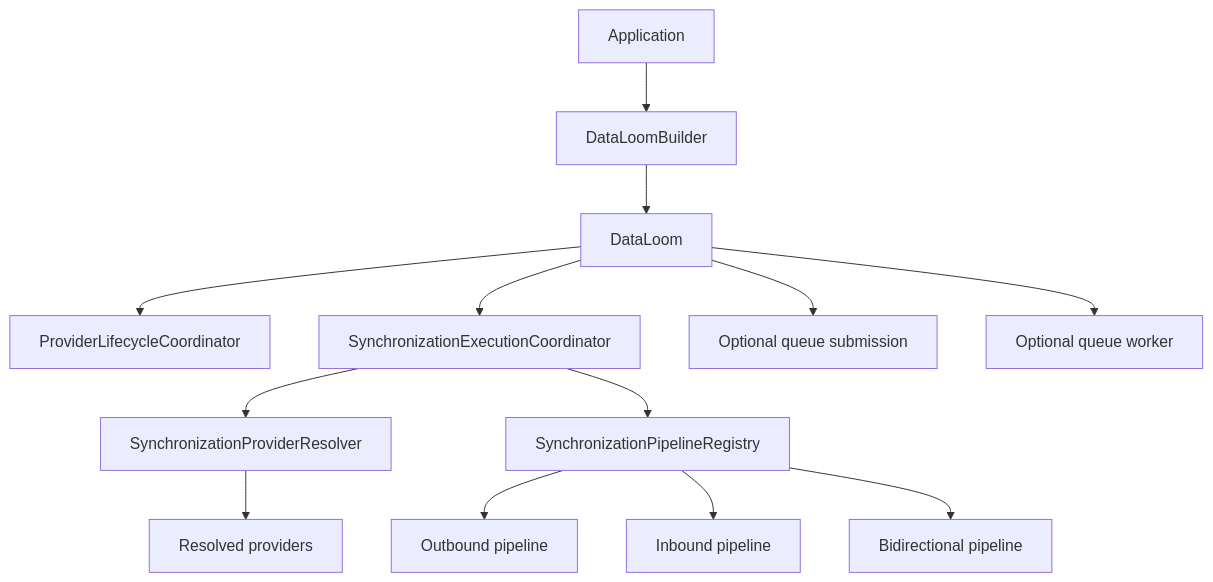
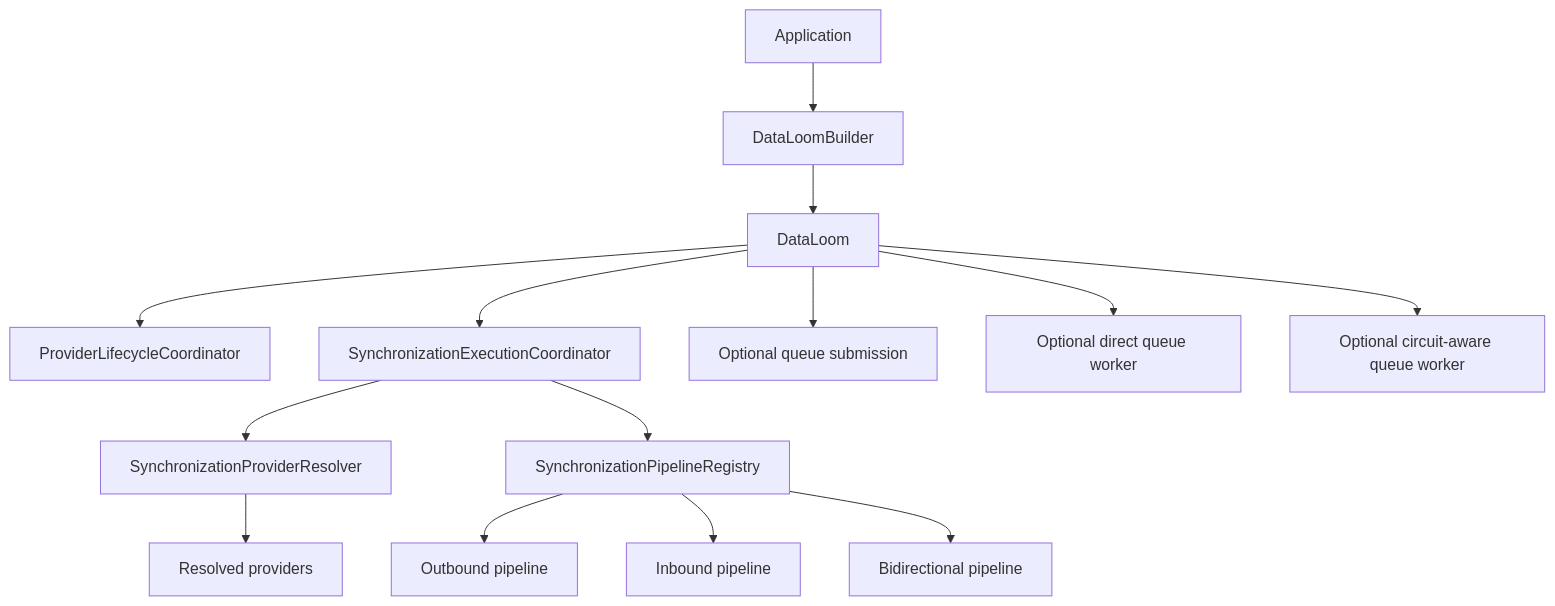
Before and after one commit to dataloom-sdk/dataloom: the diagram in docs/api/dataloom-facade.md, drawn with Mermaid. The commit also changed other lines of this file and 14 other files, not shown here.

First line of the commit message:
DL-040: expose the circuit-aware queue worker through DataLoomBuilder (#129)

````diff
--- a/docs/api/dataloom-facade.md
+++ b/docs/api/dataloom-facade.md
@@ -19,15 +19,16 @@
 ```mermaid
 flowchart TB
     App[Application] --> Builder[DataLoomBuilder]
     Builder --> Facade[DataLoom]
     Facade --> Lifecycle[ProviderLifecycleCoordinator]
     Facade --> Execution[SynchronizationExecutionCoordinator]
     Facade --> Submission[Optional queue submission]
-    Facade --> Worker[Optional queue worker]
+    Facade --> Worker[Optional direct queue worker]
+    Facade --> CircuitWorker[Optional circuit-aware queue worker]
     Execution --> Resolver[SynchronizationProviderResolver]
     Execution --> Registry[SynchronizationPipelineRegistry]
     Resolver --> Providers[Resolved providers]
     Registry --> Push[Outbound pipeline]
     Registry --> Pull[Inbound pipeline]
     Registry --> Both[Bidirectional pipeline]
 ```
````
